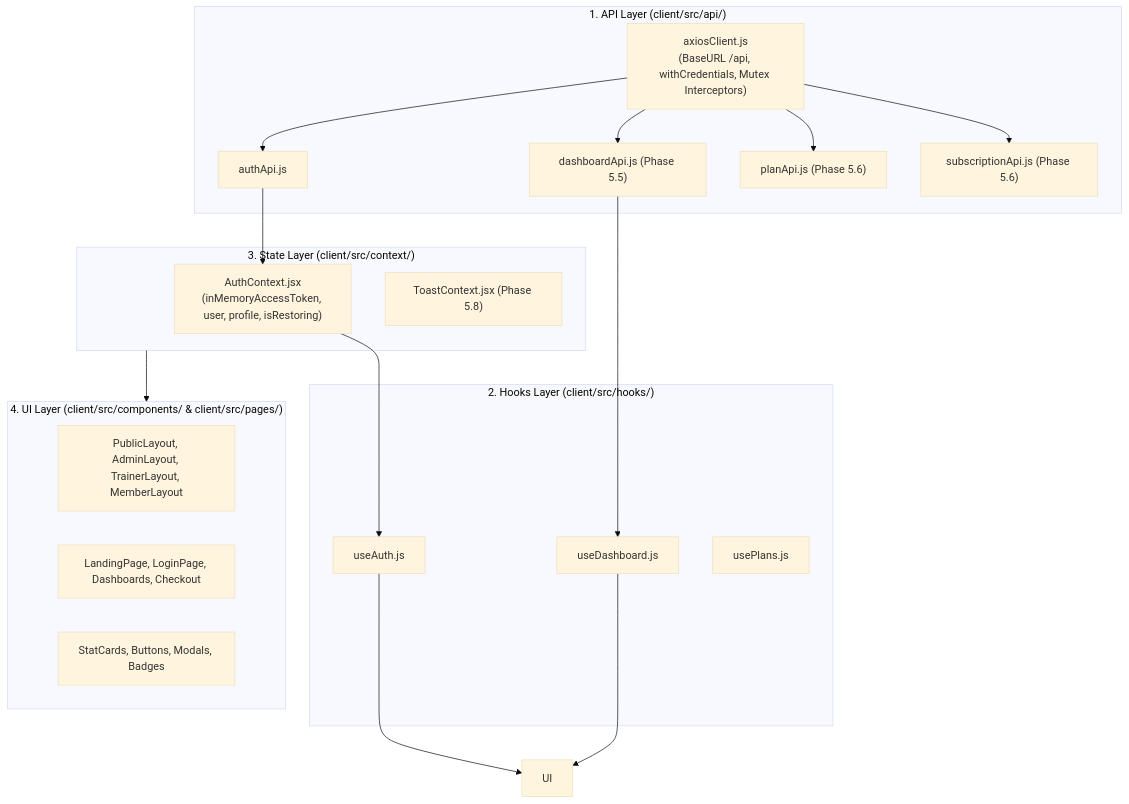
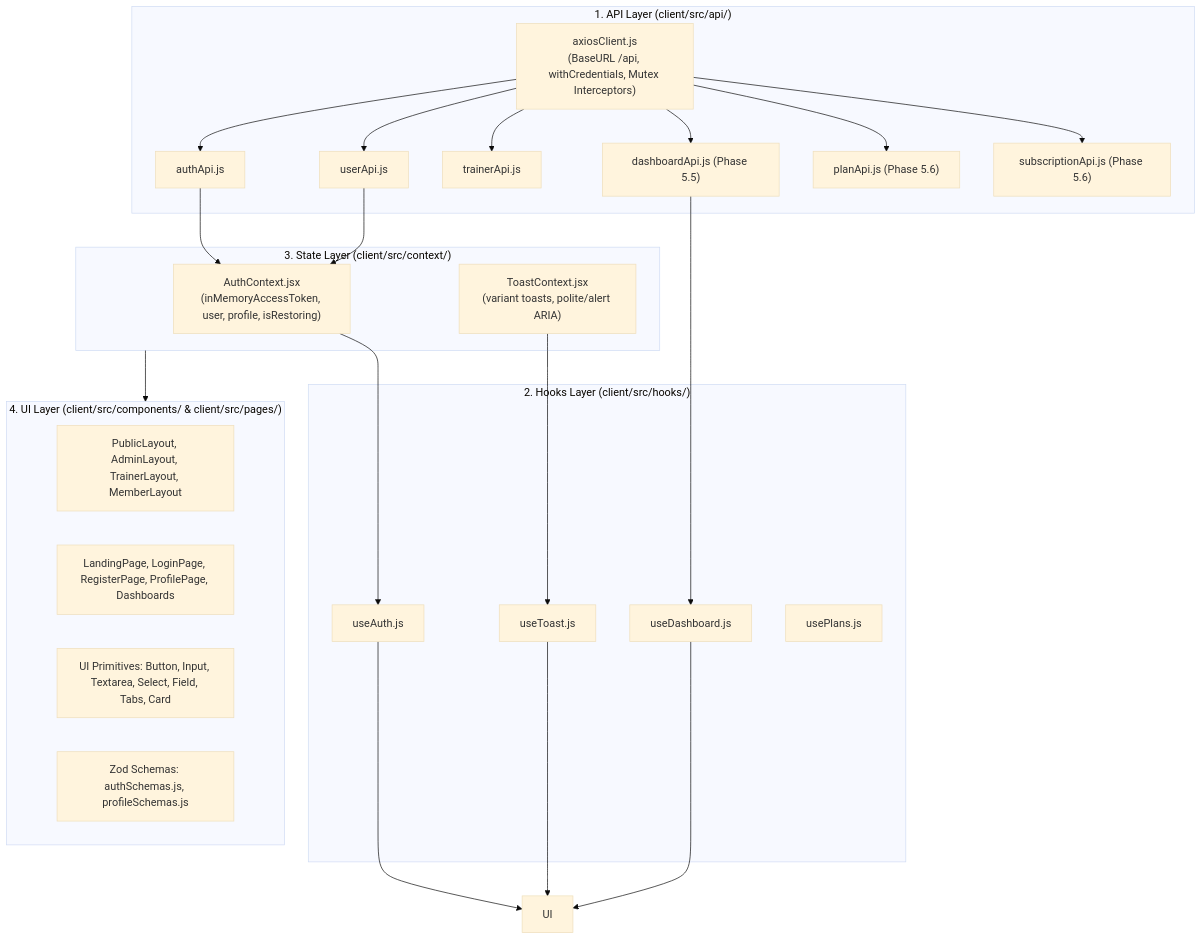
The first of 3 diagrams in docs/frontend.md (S-lakhera/GymPilot), drawn with Mermaid (base theme) before and after one commit. The commit also changed other lines of this file and 17 other files, not shown here.

Commit message:
docs: update frontend, architecture, requirements, and readme docs for Phase 5.4

````diff
--- a/docs/frontend.md
+++ b/docs/frontend.md
@@ -62,39 +65,48 @@
 ```mermaid
 flowchart TD
     subgraph Layer1["1. API Layer (client/src/api/)"]
         Axios["axiosClient.js\n(BaseURL /api, withCredentials, Mutex Interceptors)"]
         AuthApi["authApi.js"]
+        UserApi["userApi.js"]
+        TrainerApi["trainerApi.js"]
         DashboardApi["dashboardApi.js (Phase 5.5)"]
         PlansApi["planApi.js (Phase 5.6)"]
         SubApi["subscriptionApi.js (Phase 5.6)"]
     end
 
     subgraph Layer2["2. Hooks Layer (client/src/hooks/)"]
         UseAuth["useAuth.js"]
+        UseToast["useToast.js"]
         UseDashboard["useDashboard.js"]
         UsePlans["usePlans.js"]
     end
 
     subgraph Layer3["3. State Layer (client/src/context/)"]
         AuthContext["AuthContext.jsx\n(inMemoryAccessToken, user, profile, isRestoring)"]
-        ToastContext["ToastContext.jsx (Phase 5.8)"]
+        ToastContext["ToastContext.jsx\n(variant toasts, polite/alert ARIA)"]
     end
 
     subgraph Layer4["4. UI Layer (client/src/components/ & client/src/pages/)"]
         Layouts["PublicLayout, AdminLayout, TrainerLayout, MemberLayout"]
-        Pages["LandingPage, LoginPage, Dashboards, Checkout"]
-        Components["StatCards, Buttons, Modals, Badges"]
+        Pages["LandingPage, LoginPage, RegisterPage, ProfilePage, Dashboards"]
+        Primitives["UI Primitives: Button, Input, Textarea, Select, Field, Tabs, Card"]
+        Schemas["Zod Schemas: authSchemas.js, profileSchemas.js"]
     end
 
     Axios --> AuthApi
+    Axios --> UserApi
+    Axios --> TrainerApi
     Axios --> DashboardApi
     Axios --> PlansApi
     Axios --> SubApi
 
     AuthApi --> AuthContext
+    UserApi --> AuthContext
     AuthContext --> UseAuth
+    ToastContext --> UseToast
     UseAuth --> UI
+    UseToast --> UI
     DashboardApi --> UseDashboard
     UseDashboard --> UI
     Layer3 --> Layer4
 ```
````
